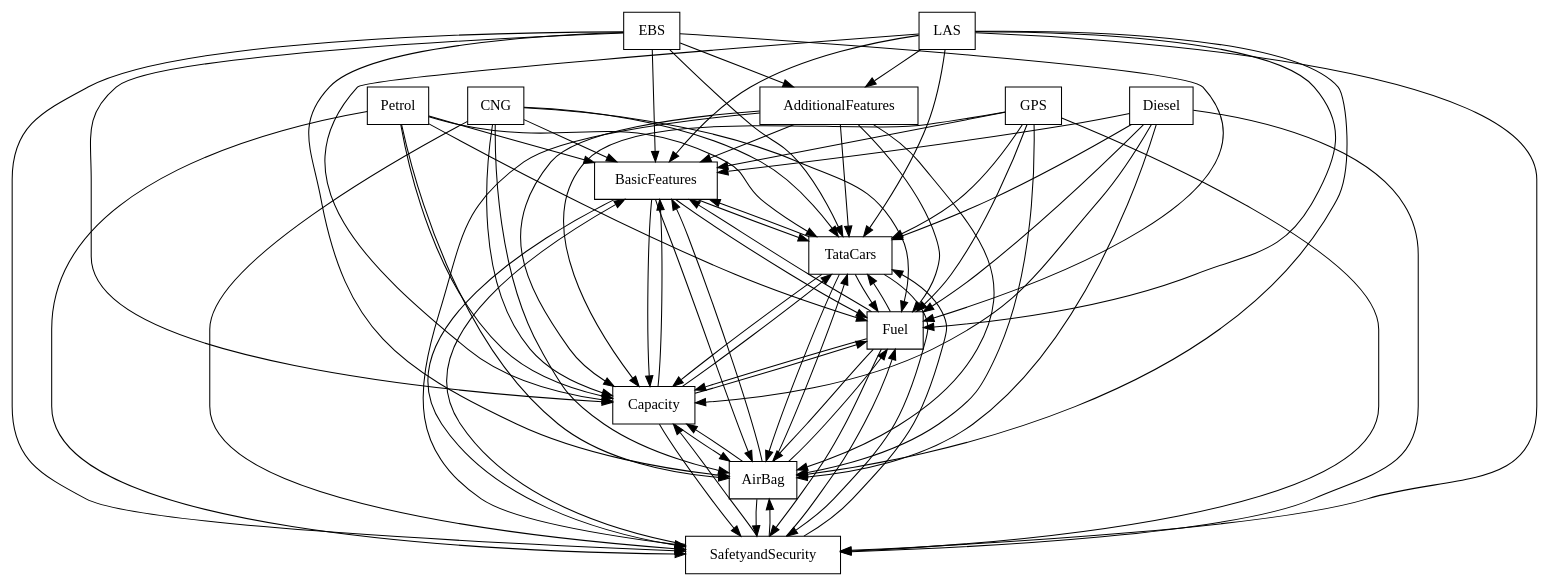
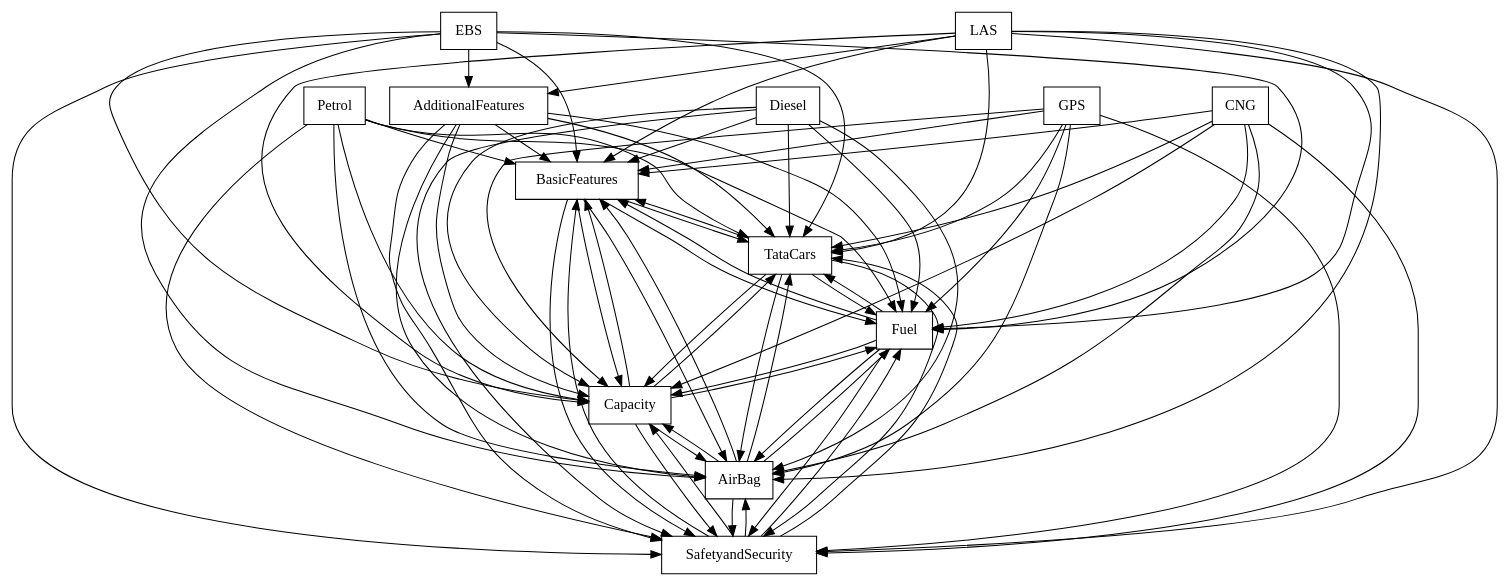
Before and after one commit to FAMILIAR-project/familiar-language: the diagram in FAMILIAR/output/SPLOT-big/fm_62_model_20110127_1318390760.xml.dot, drawn with Graphviz. The commit also changed 44 other files, not shown here.

```diff
--- a/FAMILIAR/output/SPLOT-big/fm_62_model_20110127_1318390760.xml.dot
+++ b/FAMILIAR/output/SPLOT-big/fm_62_model_20110127_1318390760.xml.dot
@@ -1,92 +1,92 @@
 digraph{
 graph [rankdir=TB];
 node [shape=box];
 edge [arrowhead=normal];
 0[label="Petrol",]
 1[label="EBS",]
 2[label="BasicFeatures",]
 3[label="LAS",]
 4[label="TataCars",]
 5[label="SafetyandSecurity",]
 6[label="CNG",]
 7[label="AirBag",]
 8[label="Diesel",]
-9[label="GPS",]
-10[label="Capacity",]
+9[label="Capacity",]
+10[label="GPS",]
 11[label="Fuel",]
 12[label="AdditionalFeatures",]
 0->2[label="",]
 0->4[label="",]
 0->5[label="",]
 0->7[label="",]
-0->10[label="",]
+0->9[label="",]
 0->11[label="",]
 1->2[label="",]
 1->4[label="",]
 1->5[label="",]
 1->7[label="",]
-1->10[label="",]
+1->9[label="",]
 1->11[label="",]
 1->12[label="",]
 2->4[label="",]
 2->5[label="",]
 2->7[label="",]
-2->10[label="",]
+2->9[label="",]
 2->11[label="",]
 3->2[label="",]
 3->4[label="",]
 3->5[label="",]
 3->7[label="",]
-3->10[label="",]
+3->9[label="",]
 3->11[label="",]
 3->12[label="",]
 4->2[label="",]
 4->5[label="",]
 4->7[label="",]
-4->10[label="",]
+4->9[label="",]
 4->11[label="",]
 5->2[label="",]
 5->4[label="",]
 5->7[label="",]
-5->10[label="",]
+5->9[label="",]
 5->11[label="",]
 6->2[label="",]
 6->4[label="",]
 6->5[label="",]
 6->7[label="",]
-6->10[label="",]
+6->9[label="",]
 6->11[label="",]
 7->2[label="",]
 7->4[label="",]
 7->5[label="",]
-7->10[label="",]
+7->9[label="",]
 7->11[label="",]
 8->2[label="",]
 8->4[label="",]
 8->5[label="",]
 8->7[label="",]
-8->10[label="",]
+8->9[label="",]
 8->11[label="",]
 9->2[label="",]
 9->4[label="",]
 9->5[label="",]
 9->7[label="",]
-9->10[label="",]
 9->11[label="",]
 10->2[label="",]
 10->4[label="",]
 10->5[label="",]
 10->7[label="",]
+10->9[label="",]
 10->11[label="",]
 11->2[label="",]
 11->4[label="",]
 11->5[label="",]
 11->7[label="",]
-11->10[label="",]
+11->9[label="",]
 12->2[label="",]
 12->4[label="",]
 12->5[label="",]
 12->7[label="",]
-12->10[label="",]
+12->9[label="",]
 12->11[label="",]
 }
```
